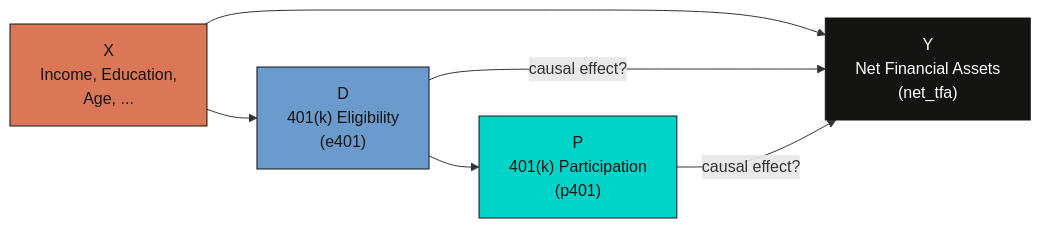
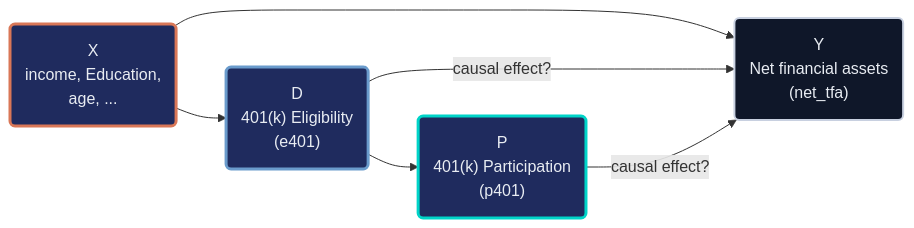
The first of 2 diagrams in content/post/python_doubleml_pension/index.md (cmg777/starter-academic-v501), drawn with Mermaid before and after one commit. The commit also changed other lines of this file and 16 other files, not shown here.

First line of the commit message:
content(mermaid): restyle flowcharts in Python posts, batch 1 of 2

````diff
--- a/content/post/python_doubleml_pension/index.md
+++ b/content/post/python_doubleml_pension/index.md
@@ -243,13 +243,16 @@
 ```mermaid
 graph LR
-    X["X<br/>Income, Education,<br/>Age, ..."] --> D["D<br/>401(k) Eligibility<br/>(e401)"]
-    X --> Y["Y<br/>Net Financial Assets<br/>(net_tfa)"]
-    D --> P["P<br/>401(k) Participation<br/>(p401)"]
+    X("X<br/>income, Education,<br/>age, ...") --> D("D<br/>401(k) Eligibility<br/>(e401)")
+    X --> Y("Y<br/>Net financial assets<br/>(net_tfa)")
+    D --> P("P<br/>401(k) Participation<br/>(p401)")
     D -->|"causal effect?"| Y
     P -->|"causal effect?"| Y
-
-    style X fill:#d97757,stroke:#141413,color:#141413
-    style D fill:#6a9bcc,stroke:#141413,color:#141413
-    style P fill:#00d4c8,stroke:#141413,color:#141413
-    style Y fill:#141413,stroke:#141413,color:#fff
+    classDef orange fill:#1f2b5e,stroke:#d97757,stroke-width:3px,color:#e8ecf2
+    classDef blue fill:#1f2b5e,stroke:#6a9bcc,stroke-width:3px,color:#e8ecf2
+    classDef anchor fill:#0f1729,stroke:#c8d0e0,stroke-width:2px,color:#e8ecf2
+    classDef teal fill:#1f2b5e,stroke:#00d4c8,stroke-width:3px,color:#e8ecf2
+    class X orange
+    class D blue
+    class Y anchor
+    class P teal
 ```
````
